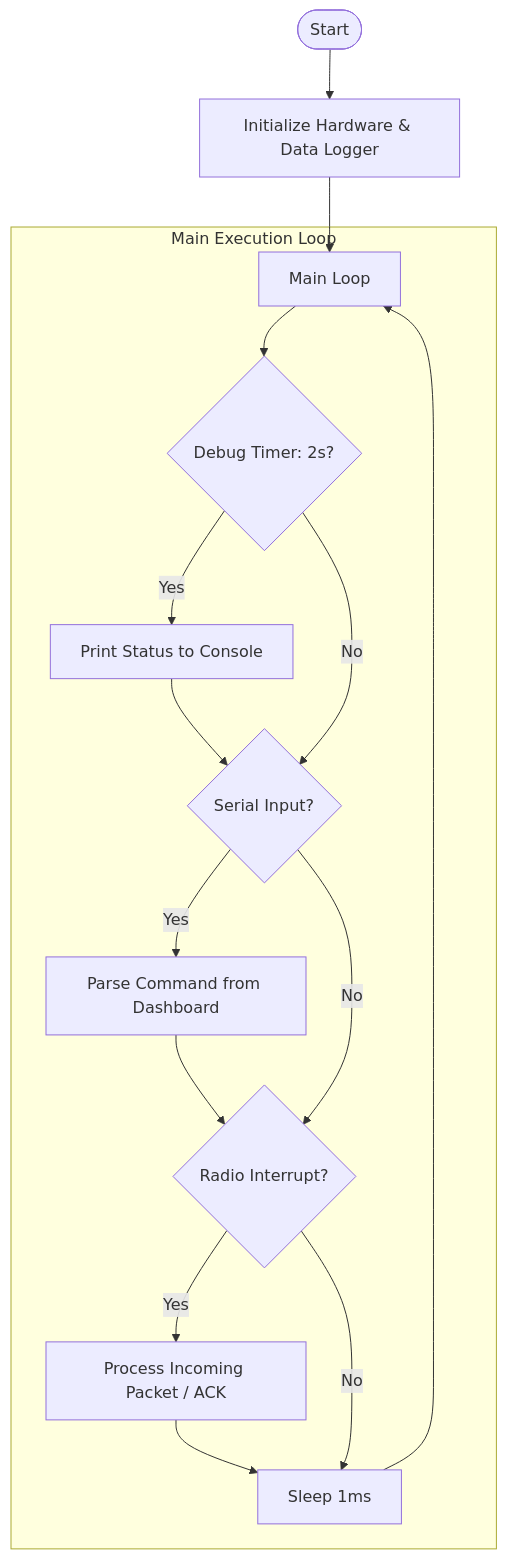
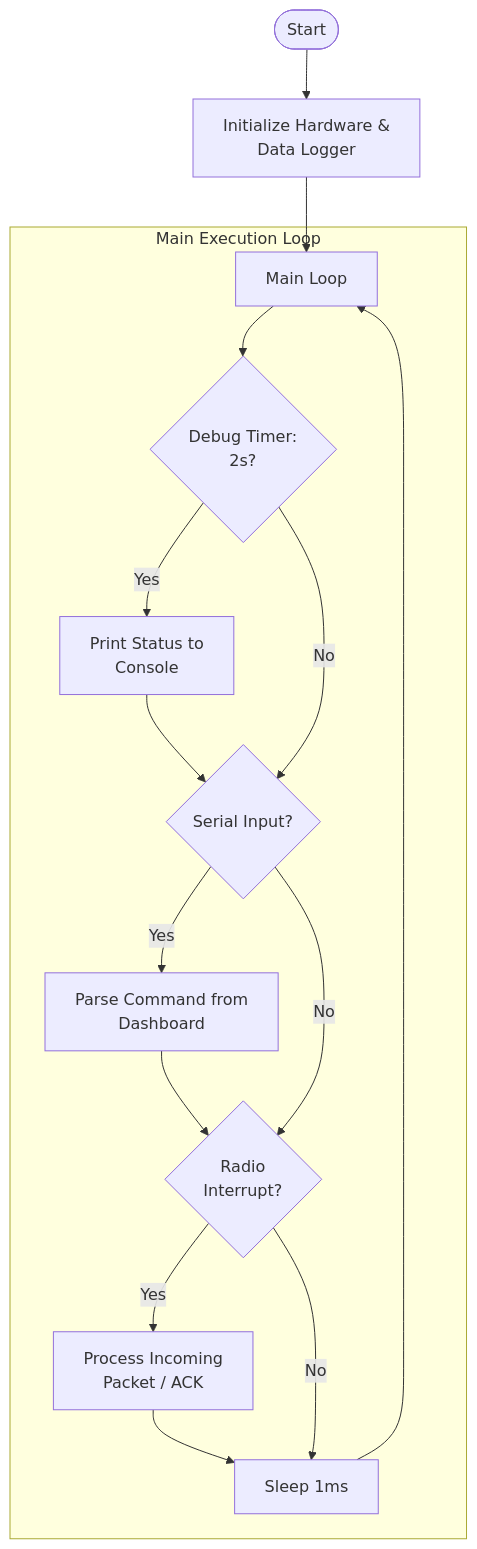
The first of 2 diagrams in docs/surface_architecture.md (purduerov/X18-Float-Embedded), drawn with Mermaid before and after one commit. The commit also changed other lines of this file and 1 other file, not shown here.

Commit message:
docs: fix Mermaid diagram text cutoff in architecture docs

````diff
--- a/docs/surface_architecture.md
+++ b/docs/surface_architecture.md
@@ -11,24 +11,24 @@
 ```mermaid
 flowchart TD
-    Start([Start]) --> Init[Initialize Hardware & Data Logger]
+    Start([Start]) --> Init[Initialize Hardware &<br/>Data Logger]
     Init --> Loop[Main Loop]
     
     subgraph LoopSection [Main Execution Loop]
-        Loop --> DebugTimer{Debug Timer: 2s?}
-        DebugTimer -- Yes --> PrintDebug[Print Status to Console]
+        Loop --> DebugTimer{Debug Timer:<br/>2s?}
+        DebugTimer -- Yes --> PrintDebug[Print Status to<br/>Console]
         PrintDebug --> SerialIn{Serial Input?}
         
         DebugTimer -- No --> SerialIn
         
-        SerialIn -- Yes --> HandleCmd[Parse Command from Dashboard]
-        HandleCmd --> RadioIRQ{Radio Interrupt?}
+        SerialIn -- Yes --> HandleCmd[Parse Command from<br/>Dashboard]
+        HandleCmd --> RadioIRQ{Radio<br/>Interrupt?}
         
         SerialIn -- No --> RadioIRQ
         
-        RadioIRQ -- Yes --> ProcessRadio[Process Incoming Packet / ACK]
+        RadioIRQ -- Yes --> ProcessRadio[Process Incoming<br/>Packet / ACK]
         ProcessRadio --> Sleep[Sleep 1ms]
         
         RadioIRQ -- No --> Sleep
         Sleep --> Loop
     end
 ```
````
